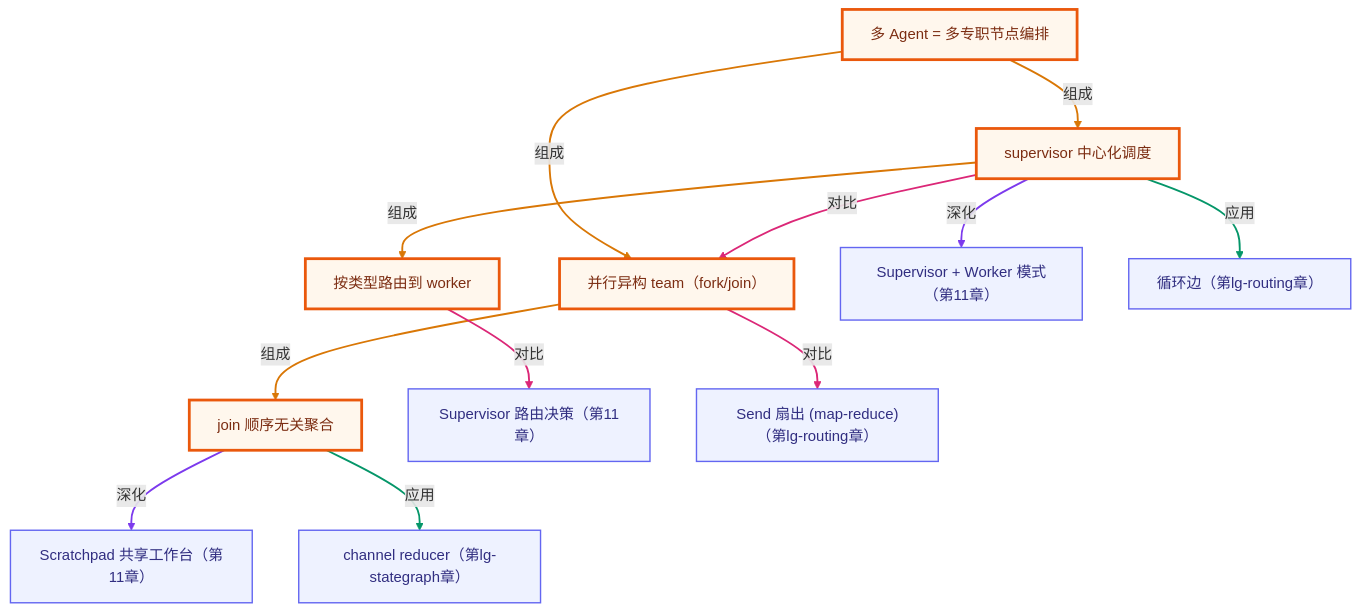
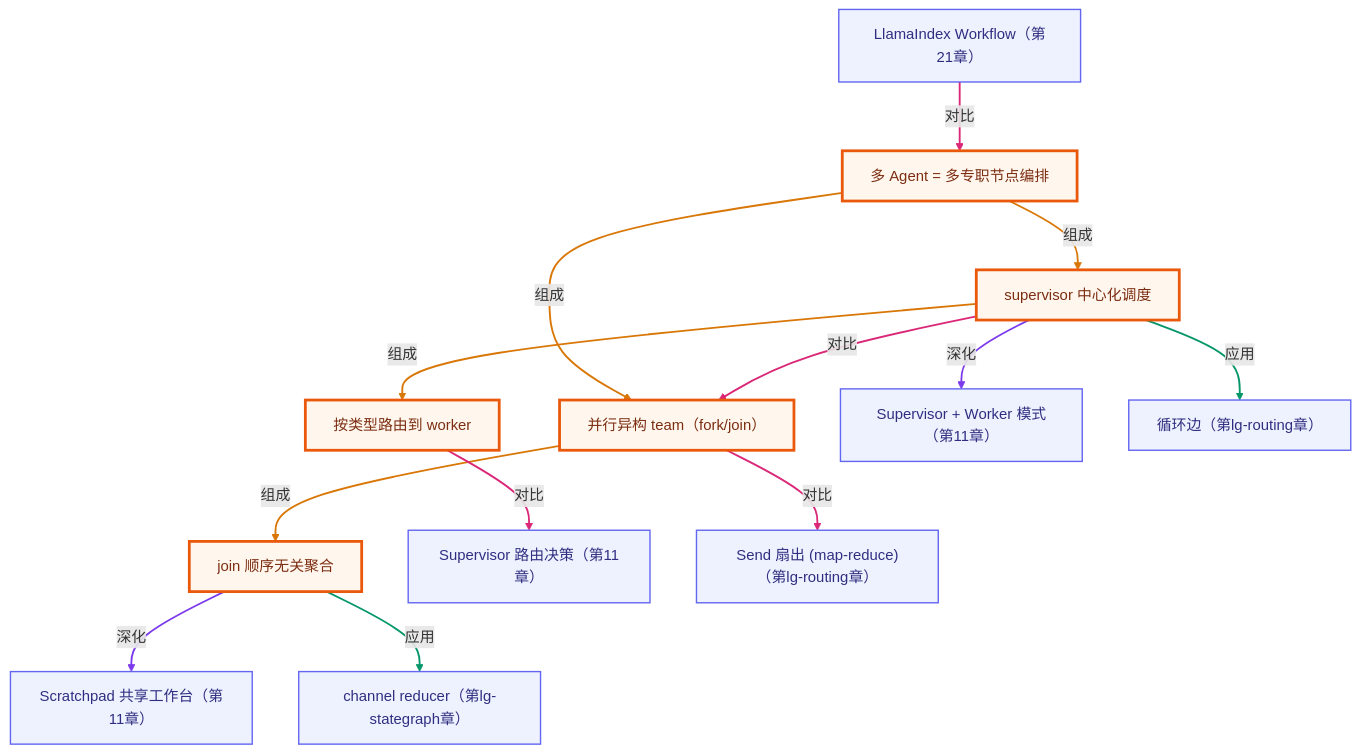
The second of 2 diagrams in langgraph-advanced/05-multi-agent-graph/README.md (songuu/agent), drawn with Mermaid before and after one commit. The commit also changed other lines of this file and 20 other files, not shown here.

````diff
--- a/langgraph-advanced/05-multi-agent-graph/README.md
+++ b/langgraph-advanced/05-multi-agent-graph/README.md
@@ -176,40 +176,43 @@
 ```mermaid
 graph TB
   classDef own fill:#fff7ed,stroke:#ea580c,stroke-width:3px,color:#7c2d12;
   classDef cross fill:#eef2ff,stroke:#6366f1,stroke-width:1.5px,color:#312e81;
   n_lgma_multi_agent["多 Agent = 多专职节点编排"]
   n_lgma_supervisor["supervisor 中心化调度"]
   n_lgma_worker_routing["按类型路由到 worker"]
   n_lgma_parallel_team["并行异构 team（fork/join）"]
   n_lgma_order_independent_join["join 顺序无关聚合"]
+  n_srca_llamaindex_workflow["LlamaIndex Workflow（第21章）"]
   n_c11_supervisor_worker["Supervisor + Worker 模式（第11章）"]
   n_c11_supervisor_routing["Supervisor 路由决策（第11章）"]
   n_c11_scratchpad["Scratchpad 共享工作台（第11章）"]
   n_lgrt_loop["循环边（第lg-routing章）"]
   n_lgrt_send_fanout["Send 扇出 (map-reduce)（第lg-routing章）"]
   n_lgsg_reducer["channel reducer（第lg-stategraph章）"]
+  n_srca_llamaindex_workflow -->|对比| n_lgma_multi_agent
   n_lgma_multi_agent -->|组成| n_lgma_supervisor
   n_lgma_multi_agent -->|组成| n_lgma_parallel_team
   n_lgma_supervisor -->|组成| n_lgma_worker_routing
   n_lgma_parallel_team -->|组成| n_lgma_order_independent_join
   n_lgma_supervisor -->|对比| n_lgma_parallel_team
   n_lgma_supervisor -->|深化| n_c11_supervisor_worker
   n_lgma_worker_routing -->|对比| n_c11_supervisor_routing
   n_lgma_order_independent_join -->|深化| n_c11_scratchpad
   n_lgma_supervisor -->|应用| n_lgrt_loop
   n_lgma_parallel_team -->|对比| n_lgrt_send_fanout
   n_lgma_order_independent_join -->|应用| n_lgsg_reducer
   class n_lgma_multi_agent,n_lgma_supervisor,n_lgma_worker_routing,n_lgma_parallel_team,n_lgma_order_independent_join own;
-  class n_c11_supervisor_worker,n_c11_supervisor_routing,n_c11_scratchpad,n_lgrt_loop,n_lgrt_send_fanout,n_lgsg_reducer cross;
-  linkStyle 0 stroke:#d97706,stroke-width:2px;
+  class n_srca_llamaindex_workflow,n_c11_supervisor_worker,n_c11_supervisor_routing,n_c11_scratchpad,n_lgrt_loop,n_lgrt_send_fanout,n_lgsg_reducer cross;
+  linkStyle 0 stroke:#db2777,stroke-width:2px;
   linkStyle 1 stroke:#d97706,stroke-width:2px;
   linkStyle 2 stroke:#d97706,stroke-width:2px;
   linkStyle 3 stroke:#d97706,stroke-width:2px;
-  linkStyle 4 stroke:#db2777,stroke-width:2px;
-  linkStyle 5 stroke:#7c3aed,stroke-width:2px;
-  linkStyle 6 stroke:#db2777,stroke-width:2px;
-  linkStyle 7 stroke:#7c3aed,stroke-width:2px;
-  linkStyle 8 stroke:#059669,stroke-width:2px;
-  linkStyle 9 stroke:#db2777,stroke-width:2px;
-  linkStyle 10 stroke:#059669,stroke-width:2px;
+  linkStyle 4 stroke:#d97706,stroke-width:2px;
+  linkStyle 5 stroke:#db2777,stroke-width:2px;
+  linkStyle 6 stroke:#7c3aed,stroke-width:2px;
+  linkStyle 7 stroke:#db2777,stroke-width:2px;
+  linkStyle 8 stroke:#7c3aed,stroke-width:2px;
+  linkStyle 9 stroke:#059669,stroke-width:2px;
+  linkStyle 10 stroke:#db2777,stroke-width:2px;
+  linkStyle 11 stroke:#059669,stroke-width:2px;
 ```
````
